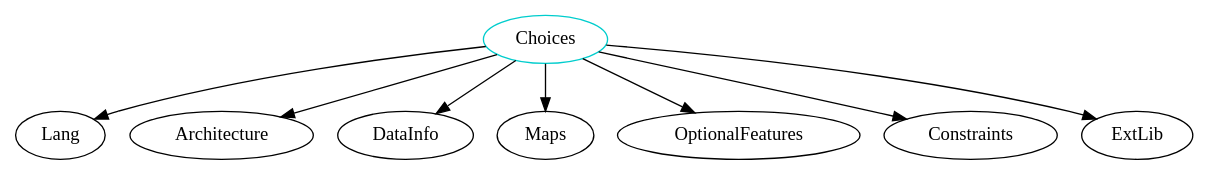
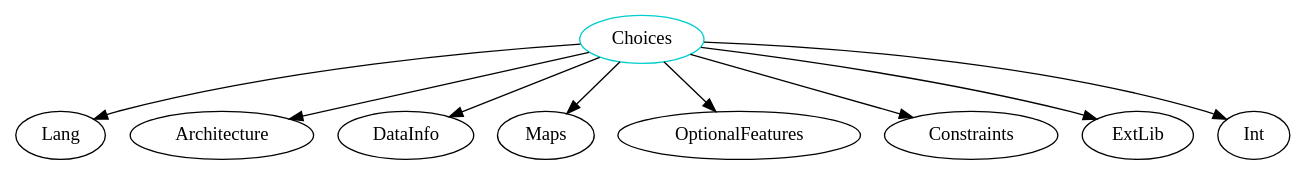
One commit to JacquesCarette/Drasil changed the diagram in analysis/TypeDependencyGraphs/code/Choices.dot. Above: the diagram before and after it, drawn with Graphviz. The commit also changed 660 other files, not shown here.

```diff
--- a/analysis/TypeDependencyGraphs/code/Choices.dot
+++ b/analysis/TypeDependencyGraphs/code/Choices.dot
@@ -1,10 +1,11 @@
 digraph choices{
 Choices	[shape=oval, color=cyan3, label="Choices"];
 Choices -> Lang;
 Choices -> Architecture;
 Choices -> DataInfo;
 Choices -> Maps;
 Choices -> OptionalFeatures;
 Choices -> Constraints;
 Choices -> ExtLib;
+Choices -> Int;
 }
```
